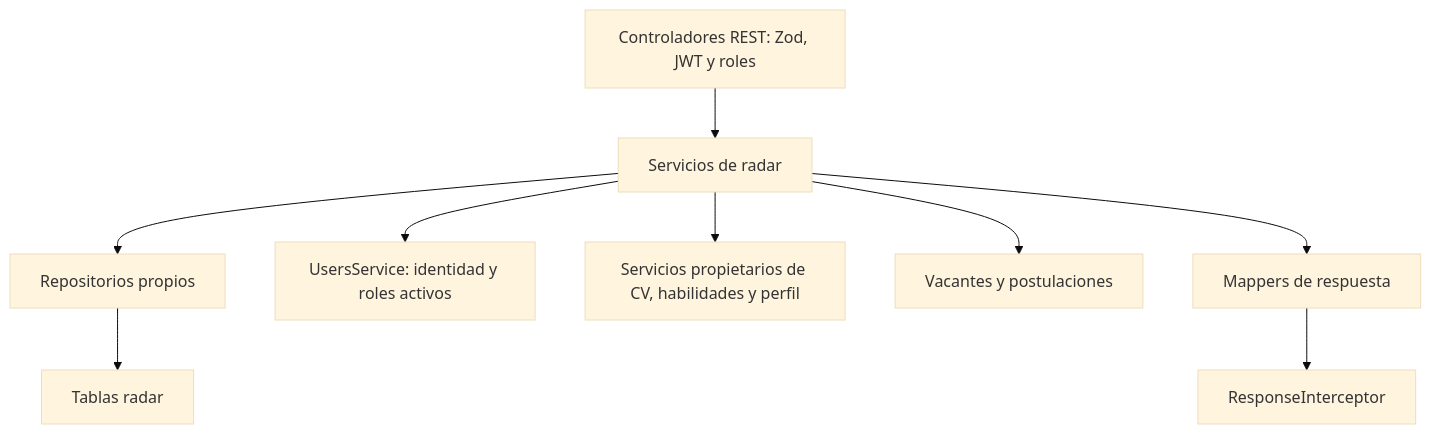
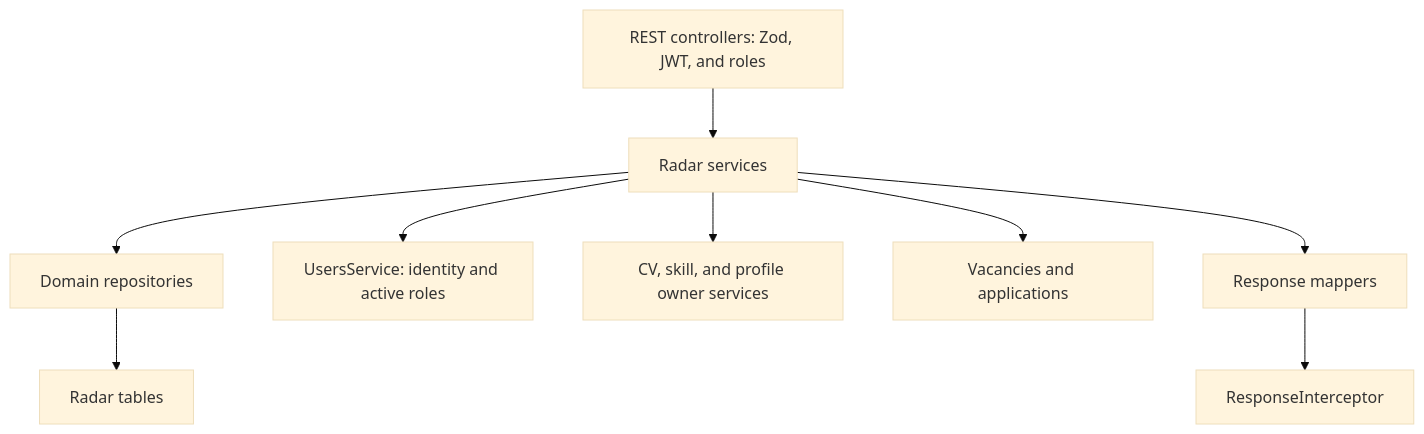
One commit to UMSSY/umssy-app changed the first of 3 diagrams in docs/radar-integration/README.md. Above: the diagram before and after it, drawn with Mermaid (base theme). The commit also changed other lines of this file and 6 other files, not shown here.

````diff
--- a/docs/radar-integration/README.md
+++ b/docs/radar-integration/README.md
@@ -9,11 +9,11 @@
 ```mermaid
 flowchart TD
-  Controllers[Controladores REST: Zod, JWT y roles] --> Services[Servicios de radar]
-  Services --> Repositories[Repositorios propios]
-  Repositories --> Tables[Tablas radar]
-  Services --> Users[UsersService: identidad y roles activos]
-  Services --> Sources[Servicios propietarios de CV, habilidades y perfil]
-  Services --> Recruitment[Vacantes y postulaciones]
-  Services --> Mappers[Mappers de respuesta]
+  Controllers[REST controllers: Zod, JWT, and roles] --> Services[Radar services]
+  Services --> Repositories[Domain repositories]
+  Repositories --> Tables[Radar tables]
+  Services --> Users[UsersService: identity and active roles]
+  Services --> Sources[CV, skill, and profile owner services]
+  Services --> Recruitment[Vacancies and applications]
+  Services --> Mappers[Response mappers]
   Mappers --> Interceptor[ResponseInterceptor]
 ```
````
